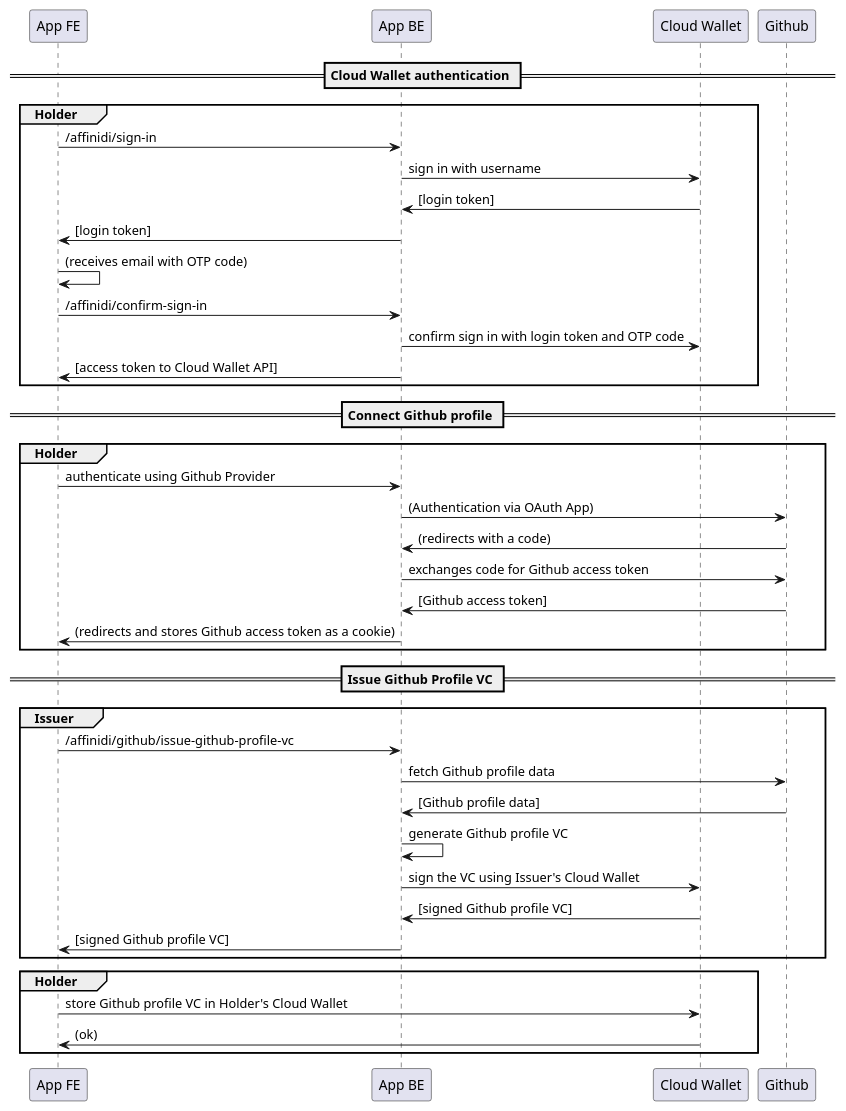
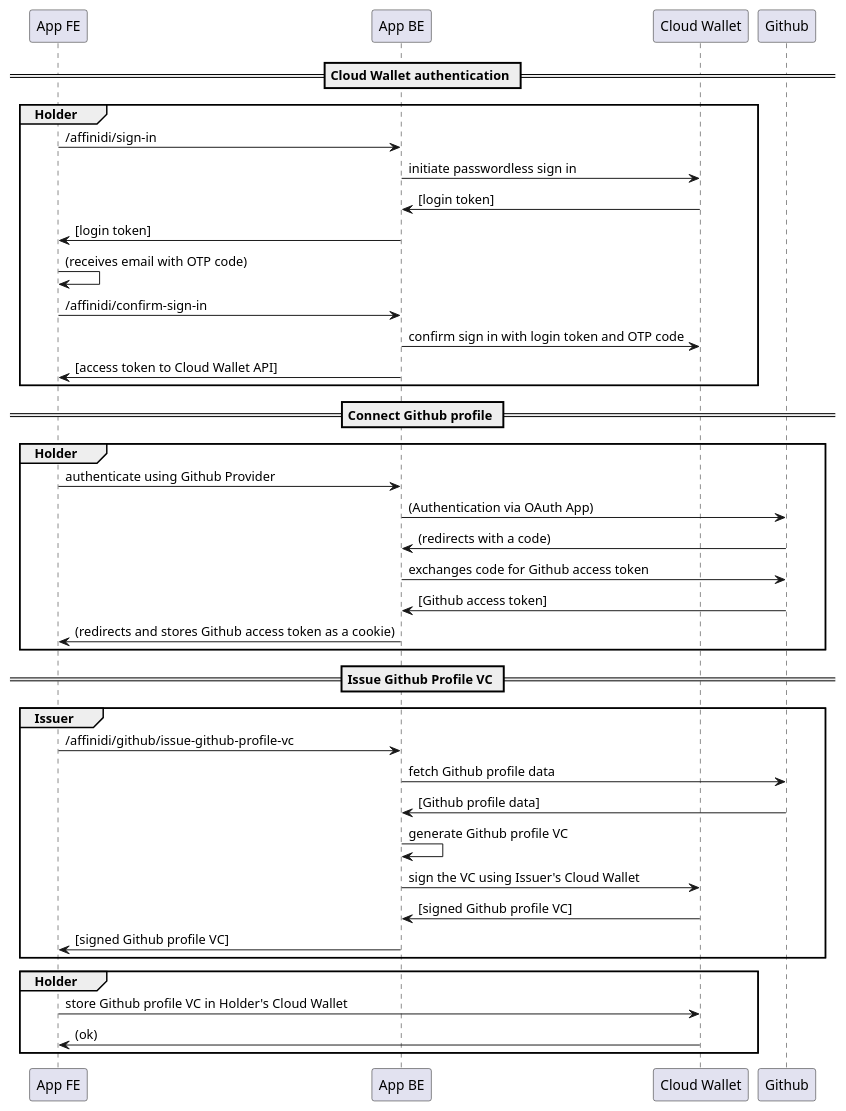
The diagram in docs/flow.plantuml (affinidi/reference-app-portable-reputation), drawn with PlantUML before and after one commit.

Commit message:
fix: updated flow

```diff
--- a/docs/flow.plantuml
+++ b/docs/flow.plantuml
@@ -2,44 +2,44 @@
 @startuml
 
 == Cloud Wallet authentication ==
 
 group Holder
 FE as "App FE" -> BE as "App BE" : /affinidi/sign-in
-BE -> CW as "Cloud Wallet" : sign in with username
+BE -> CW as "Cloud Wallet" : initiate passwordless sign in
 CW -> BE : [login token]
 BE -> FE : [login token]
 FE -> FE : (receives email with OTP code)
 FE -> BE : /affinidi/confirm-sign-in
 BE -> CW : confirm sign in with login token and OTP code
 BE -> FE : [access token to Cloud Wallet API]
 end
 
 == Connect Github profile ==
 
 group Holder
 FE -> BE : authenticate using Github Provider
 BE -> GH as "Github" : (Authentication via OAuth App)
 GH -> BE : (redirects with a code)
 BE -> GH : exchanges code for Github access token
 GH -> BE : [Github access token]
 BE -> FE : (redirects and stores Github access token as a cookie)
 end
 
 == Issue Github Profile VC ==
 
 group Issuer
 FE -> BE : /affinidi/github/issue-github-profile-vc
 BE -> GH : fetch Github profile data
 GH -> BE : [Github profile data]
 BE -> BE : generate Github profile VC
 BE -> CW : sign the VC using Issuer's Cloud Wallet
 CW -> BE : [signed Github profile VC]
 BE -> FE : [signed Github profile VC]
 end
 
 group Holder
 FE -> CW : store Github profile VC in Holder's Cloud Wallet
 CW -> FE : (ok)
 end
 
 @enduml
```
